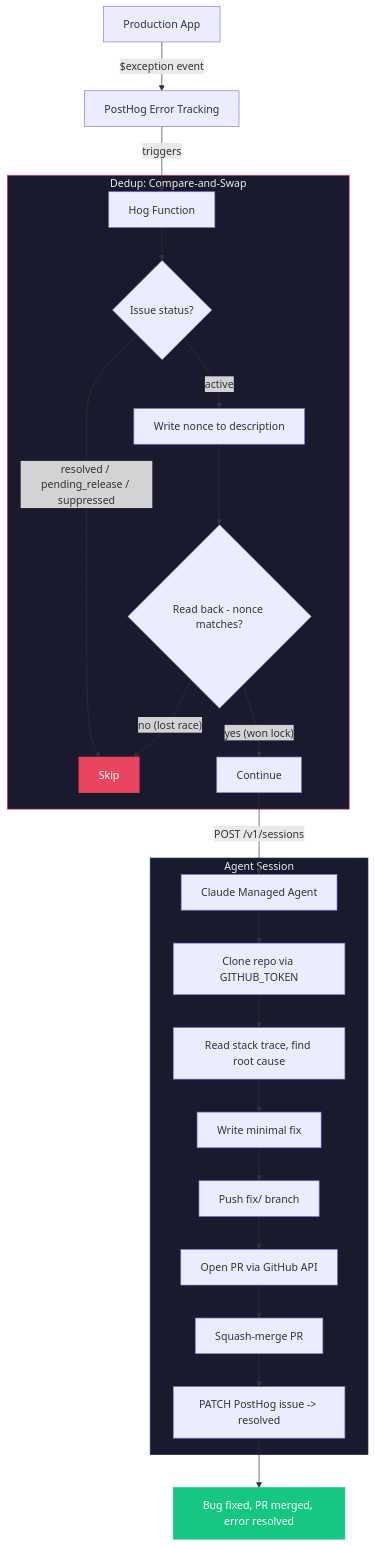
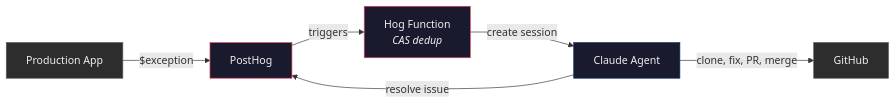
One commit to MattBro/posthog-bugfix-agent changed the first of 3 diagrams in OVERVIEW.md. Above: the diagram before and after it, drawn with Mermaid. The commit also changed other lines of this file, not shown here.

Commit message:
Simplify diagrams: three small LR charts instead of one tall TD

````diff
--- a/OVERVIEW.md
+++ b/OVERVIEW.md
@@ -3,33 +3,14 @@
 ```mermaid
-flowchart TD
-    A["Production App"] -->|"$exception event"| B["PostHog Error Tracking"]
-    B -->|"triggers"| C["Hog Function"]
+flowchart LR
+    A["Production App"] -- "$exception" --> B["PostHog"]
+    B -- "triggers" --> C["Hog Function<br/><i>CAS dedup</i>"]
+    C -- "create session" --> D["Claude Agent"]
+    D -- "clone, fix, PR, merge" --> E["GitHub"]
+    D -- "resolve issue" --> B
 
-    subgraph dedup ["Dedup: Compare-and-Swap"]
-        C --> D{"Issue status?"}
-        D -->|"resolved / pending_release / suppressed"| E["Skip"]
-        D -->|"active"| F["Write nonce to description"]
-        F --> G{"Read back - nonce matches?"}
-        G -->|"no (lost race)"| E
-        G -->|"yes (won lock)"| H["Continue"]
-    end
-
-    H -->|"POST /v1/sessions"| I["Claude Managed Agent"]
-
-    subgraph agent ["Agent Session"]
-        I --> J["Clone repo via GITHUB_TOKEN"]
-        J --> K["Read stack trace, find root cause"]
-        K --> L["Write minimal fix"]
-        L --> M["Push fix/ branch"]
-        M --> N["Open PR via GitHub API"]
-        N --> O["Squash-merge PR"]
-        O --> P["PATCH PostHog issue -> resolved"]
-    end
-
-    P --> Q["Bug fixed, PR merged, error resolved"]
-
-    style dedup fill:#1a1a2e,stroke:#e94560,color:#eee
-    style agent fill:#1a1a2e,stroke:#0f3460,color:#eee
-    style E fill:#e94560,stroke:#e94560,color:#fff
-    style Q fill:#16c784,stroke:#16c784,color:#fff
+    style A fill:#2d2d2d,stroke:#555,color:#eee
+    style B fill:#1a1a2e,stroke:#e94560,color:#eee
+    style C fill:#1a1a2e,stroke:#e94560,color:#eee
+    style D fill:#1a1a2e,stroke:#0f3460,color:#eee
+    style E fill:#2d2d2d,stroke:#555,color:#eee
 ```
````
